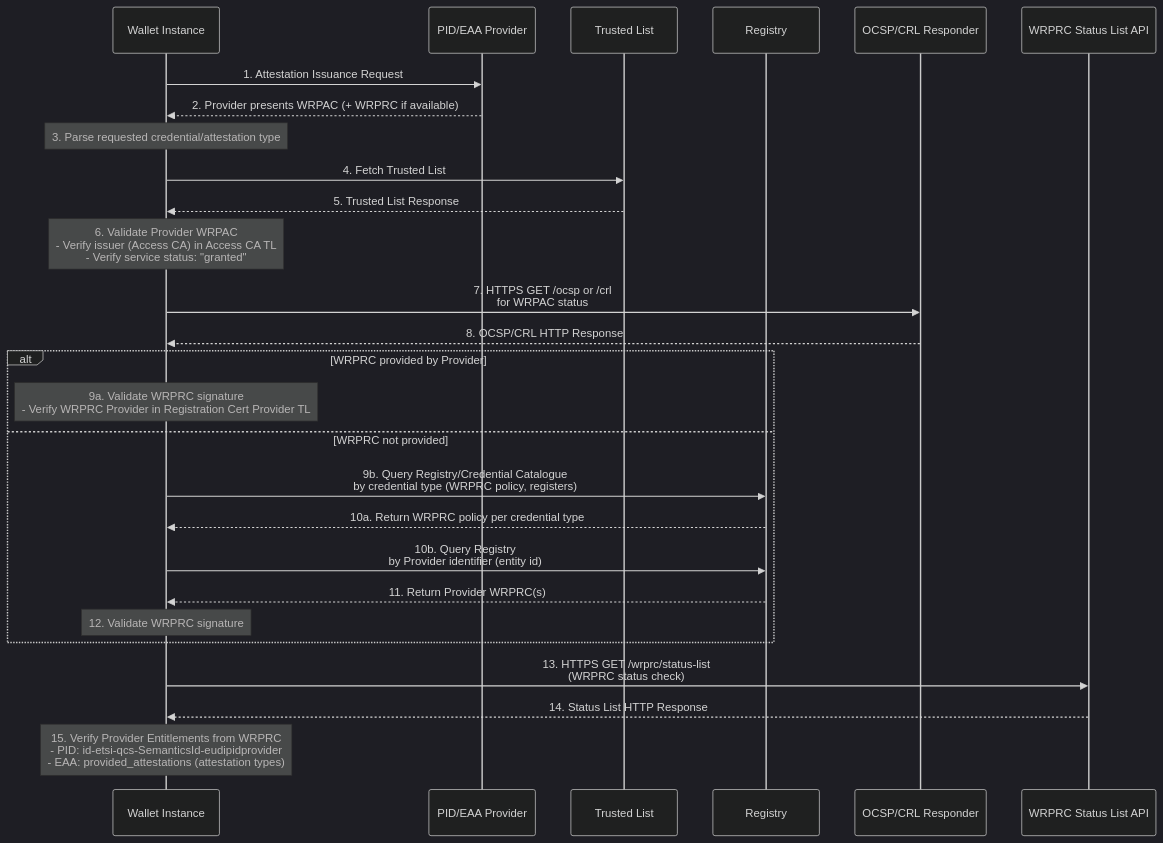
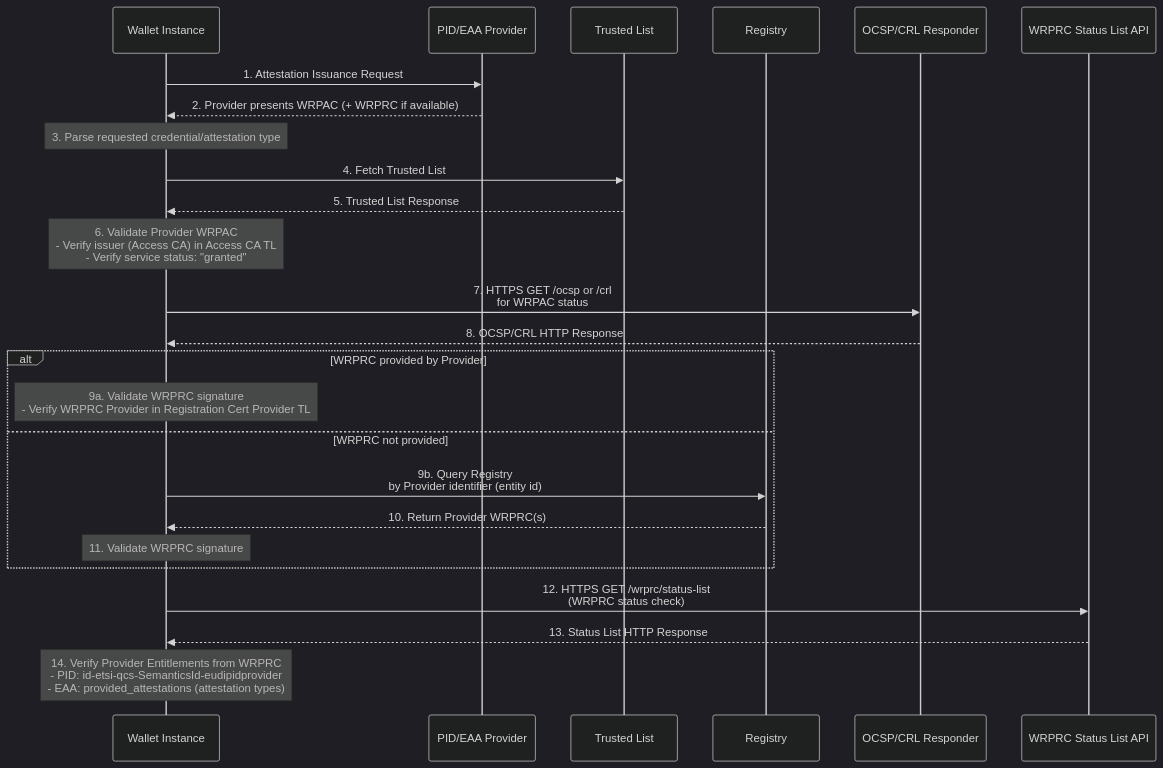
The third of 9 diagrams in task2-trust-framework/eudi-wallet-trust-and-entitlement-discovery.md (webuild-consortium/wp4-trust-group), drawn with Mermaid (dark theme) before and after one commit. The commit also changed other lines of this file, not shown here.

Commit message:
fix: removed Query by **credential type** to obtain WRPRC policy

````diff
--- a/task2-trust-framework/eudi-wallet-trust-and-entitlement-discovery.md
+++ b/task2-trust-framework/eudi-wallet-trust-and-entitlement-discovery.md
@@ -145,33 +143,31 @@
 ```mermaid
 sequenceDiagram
     participant W as Wallet Instance
     participant P as PID/EAA Provider
     participant TL as Trusted List
     participant NR as Registry
     participant OCSP as OCSP/CRL Responder
     participant RCStatus as WRPRC Status List API
 
     W->>P: 1. Attestation Issuance Request
     P-->>W: 2. Provider presents WRPAC (+ WRPRC if available)
     Note over W: 3. Parse requested credential/attestation type
     W->>TL: 4. Fetch Trusted List
     TL-->>W: 5. Trusted List Response
     Note over W: 6. Validate Provider WRPAC<br/>- Verify issuer (Access CA) in Access CA TL<br/>- Verify service status: "granted"
     W->>OCSP: 7. HTTPS GET /ocsp or /crl<br/>for WRPAC status
     OCSP-->>W: 8. OCSP/CRL HTTP Response
     
     alt WRPRC provided by Provider
         Note over W: 9a. Validate WRPRC signature<br/>- Verify WRPRC Provider in Registration Cert Provider TL
     else WRPRC not provided
-        W->>NR: 9b. Query Registry/Credential Catalogue<br/>by credential type (WRPRC policy, registers)
-        NR-->>W: 10a. Return WRPRC policy per credential type
-        W->>NR: 10b. Query Registry<br/>by Provider identifier (entity id)
-        NR-->>W: 11. Return Provider WRPRC(s)
-        Note over W: 12. Validate WRPRC signature
+        W->>NR: 9b. Query Registry<br/>by Provider identifier (entity id)
+        NR-->>W: 10. Return Provider WRPRC(s)
+        Note over W: 11. Validate WRPRC signature
     end
     
-    W->>RCStatus: 13. HTTPS GET /wrprc/status-list<br/>(WRPRC status check)
-    RCStatus-->>W: 14. Status List HTTP Response
+    W->>RCStatus: 12. HTTPS GET /wrprc/status-list<br/>(WRPRC status check)
+    RCStatus-->>W: 13. Status List HTTP Response
     
-    Note over W: 15. Verify Provider Entitlements from WRPRC<br/>- PID: id-etsi-qcs-SemanticsId-eudipidprovider<br/>- EAA: provided_attestations (attestation types)
+    Note over W: 14. Verify Provider Entitlements from WRPRC<br/>- PID: id-etsi-qcs-SemanticsId-eudipidprovider<br/>- EAA: provided_attestations (attestation types)
 ```
````
